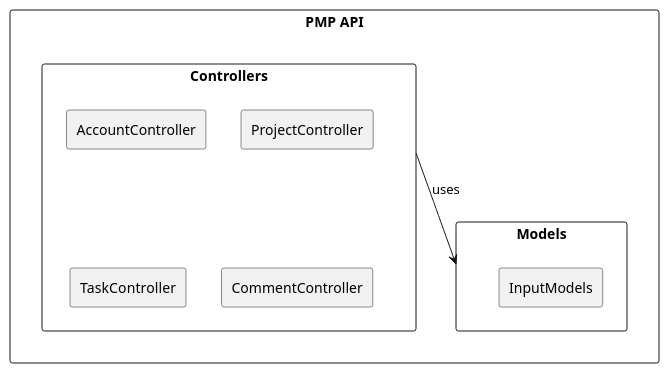
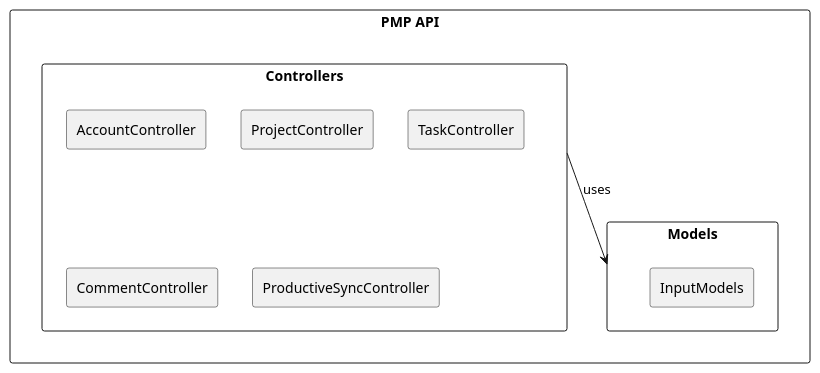
One commit to DCReceveur/pre-afstudeer-docs changed the fourth of 13 diagrams in Documentatie/Software Architecture Document.md. Above: the diagram before and after it, drawn with PlantUML. The commit also changed other lines of this file, not shown here.

Commit message:
some work on the productive sync

````diff
--- a/Documentatie/Software Architecture Document.md
+++ b/Documentatie/Software Architecture Document.md
@@ -130,15 +131,16 @@
 ```plantuml
 rectangle "PMP API"{
     rectangle "Controllers"{
         rectangle "AccountController"
         rectangle "ProjectController"
         rectangle "TaskController"
         rectangle "CommentController"
+        rectangle "ProductiveSyncController"
     }
     rectangle "Models"{
         rectangle "InputModels"
     }
     Controllers --> Models : uses
 }
 
 ```
````
